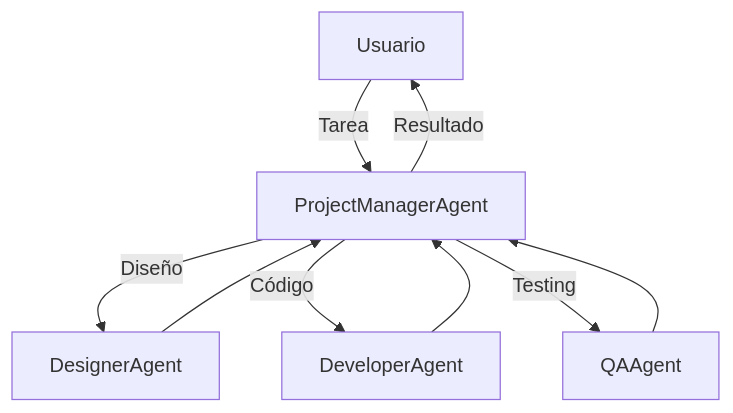
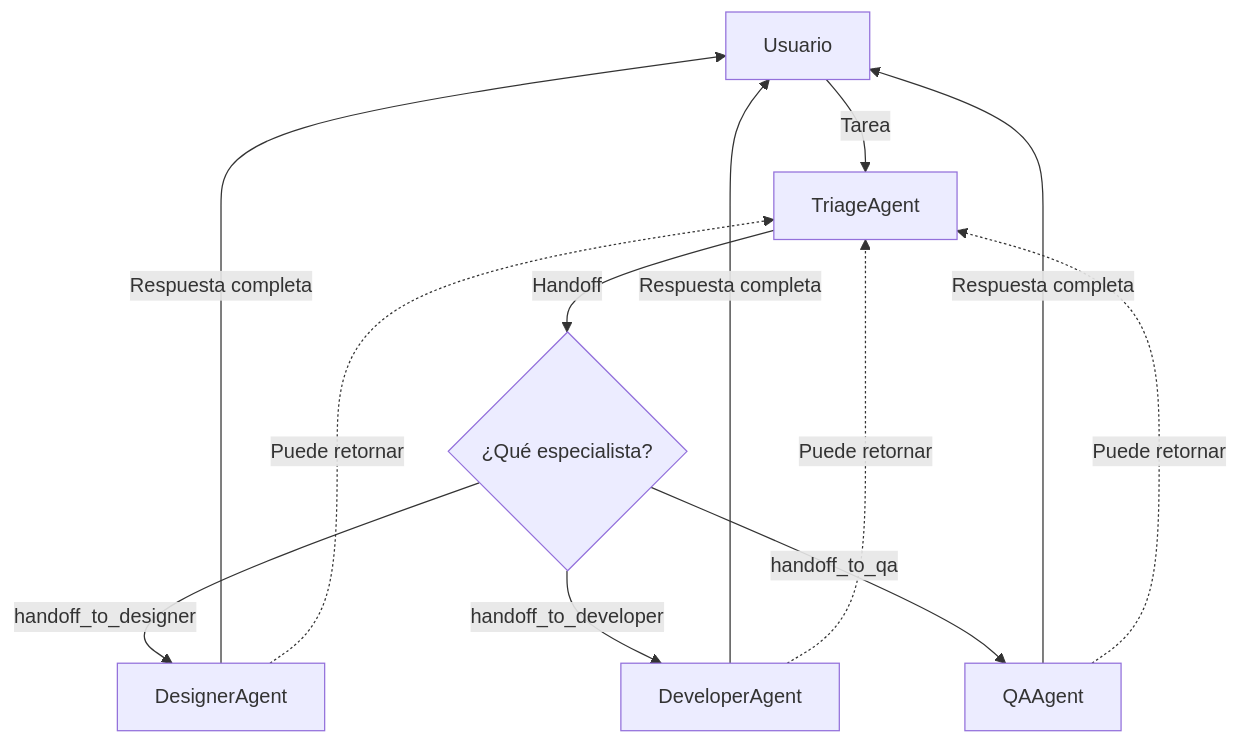
The third of 5 diagrams in docs/modulo-03-workflows/README.md (adiazcan/maf-workshop), drawn with Mermaid before and after one commit. The commit also changed other lines of this file, not shown here.

Commit message:
Enhance README for Handoff Workflow: update terminology to TriageAgent, clarify handoff process, and add code example for AgentWorkflowBuilder

````diff
--- a/docs/modulo-03-workflows/README.md
+++ b/docs/modulo-03-workflows/README.md
@@ -64,11 +64,14 @@
 ```mermaid
 graph TD
-    A[Usuario] -->|Tarea| B[ProjectManagerAgent]
-    B -->|Diseño| C[DesignerAgent]
-    B -->|Código| D[DeveloperAgent]
-    B -->|Testing| E[QAAgent]
-    C --> B
-    D --> B
-    E --> B
-    B -->|Resultado| A
+    A[Usuario] -->|Tarea| B[TriageAgent]
+    B -->|Handoff| C{¿Qué especialista?}
+    C -->|handoff_to_designer| D[DesignerAgent]
+    C -->|handoff_to_developer| E[DeveloperAgent]
+    C -->|handoff_to_qa| F[QAAgent]
+    D -->|Respuesta completa| A
+    E -->|Respuesta completa| A
+    F -->|Respuesta completa| A
+    D -.->|Puede retornar| B
+    E -.->|Puede retornar| B
+    F -.->|Puede retornar| B
 ```
````
